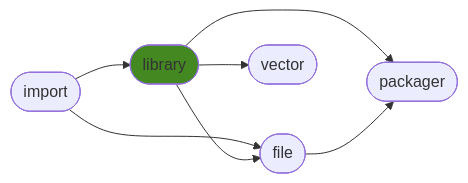
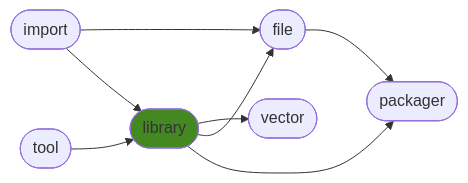
Before and after one commit to ManderaGeneral/generallibrary: the diagram in README.md, drawn with Mermaid. The commit also changed other lines of this file and 3 other files, not shown here.

````diff
--- a/README.md
+++ b/README.md
@@ -24,15 +24,17 @@
 ```mermaid
 flowchart LR
-1([library]) --> 3([vector])
-1([library]) --> 4([packager])
-0([import]) --> 2([file])
-1([library]) --> 2([file])
-0([import]) --> 1([library])
-2([file]) --> 4([packager])
+2([library]) --> 4([vector])
+0([import]) --> 3([file])
+2([library]) --> 3([file])
+0([import]) --> 2([library])
+2([library]) --> 5([packager])
+1([tool]) --> 2([library])
+3([file]) --> 5([packager])
 click 0 "https://github.com/ManderaGeneral/generalimport"
-click 1 "https://github.com/ManderaGeneral/generallibrary"
-click 2 "https://github.com/ManderaGeneral/generalfile"
-click 3 "https://github.com/ManderaGeneral/generalvector"
-click 4 "https://github.com/ManderaGeneral/generalpackager"
-style 1 fill:#482
+click 1 "https://github.com/ManderaGeneral/generaltool"
+click 2 "https://github.com/ManderaGeneral/generallibrary"
+click 3 "https://github.com/ManderaGeneral/generalfile"
+click 4 "https://github.com/ManderaGeneral/generalvector"
+click 5 "https://github.com/ManderaGeneral/generalpackager"
+style 2 fill:#482
 ```
````
